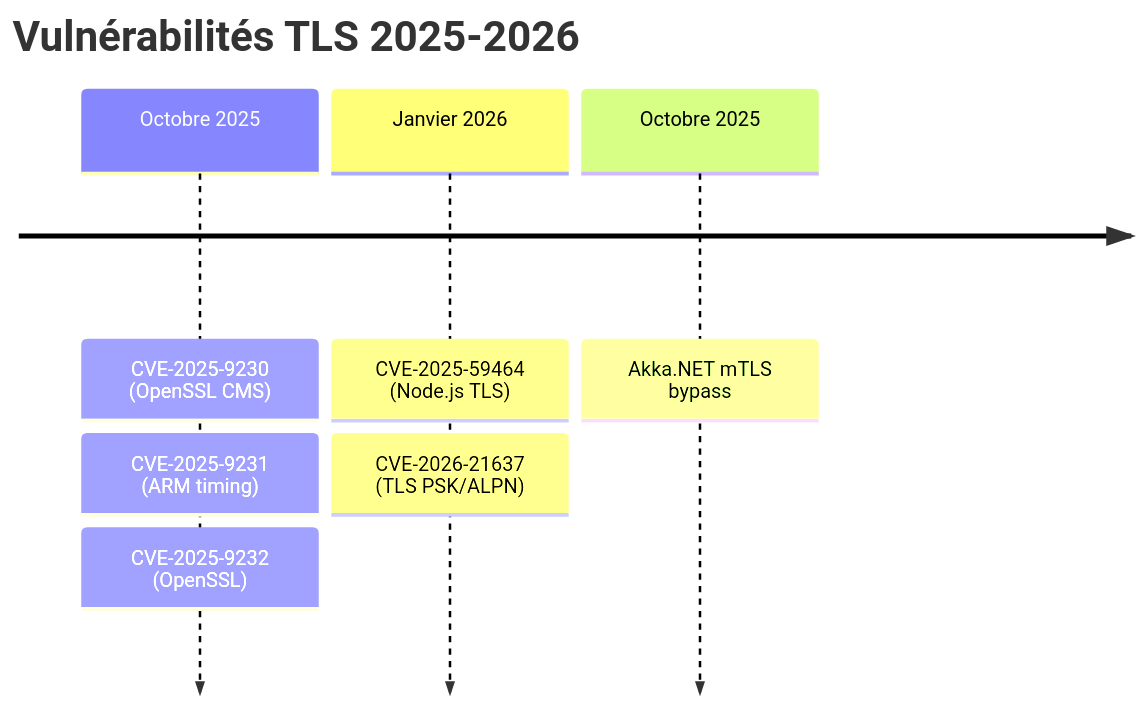
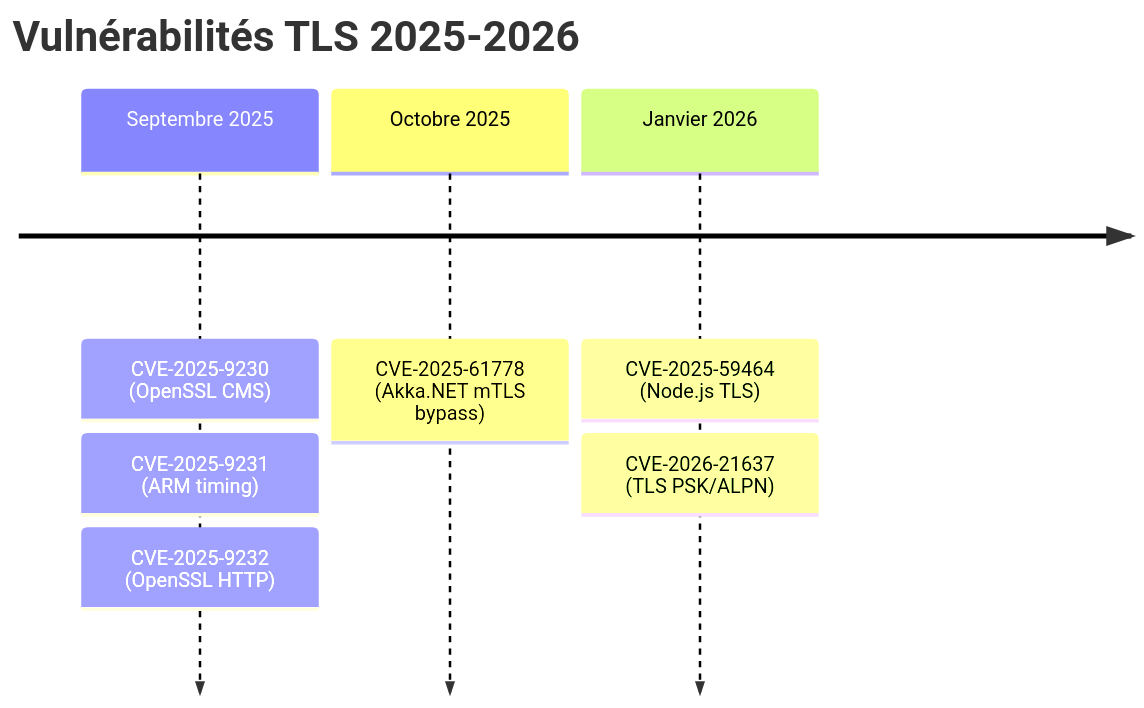
One commit to ChrisG-L/rtype changed the first of 4 diagrams in docs/observables/competence-02-securite-protocoles.md. Above: the diagram before and after it, drawn with Mermaid. The commit also changed other lines of this file and 1 other file, not shown here.

````diff
--- a/docs/observables/competence-02-securite-protocoles.md
+++ b/docs/observables/competence-02-securite-protocoles.md
@@ -15,10 +15,10 @@
 ```mermaid
 timeline
     title Vulnérabilités TLS 2025-2026
-    Octobre 2025 : CVE-2025-9230 (OpenSSL CMS)
-                 : CVE-2025-9231 (ARM timing)
-                 : CVE-2025-9232 (OpenSSL)
+    Septembre 2025 : CVE-2025-9230 (OpenSSL CMS)
+                   : CVE-2025-9231 (ARM timing)
+                   : CVE-2025-9232 (OpenSSL HTTP)
+    Octobre 2025 : CVE-2025-61778 (Akka.NET mTLS bypass)
     Janvier 2026 : CVE-2025-59464 (Node.js TLS)
                  : CVE-2026-21637 (TLS PSK/ALPN)
-    Octobre 2025 : Akka.NET mTLS bypass
 ```
````
